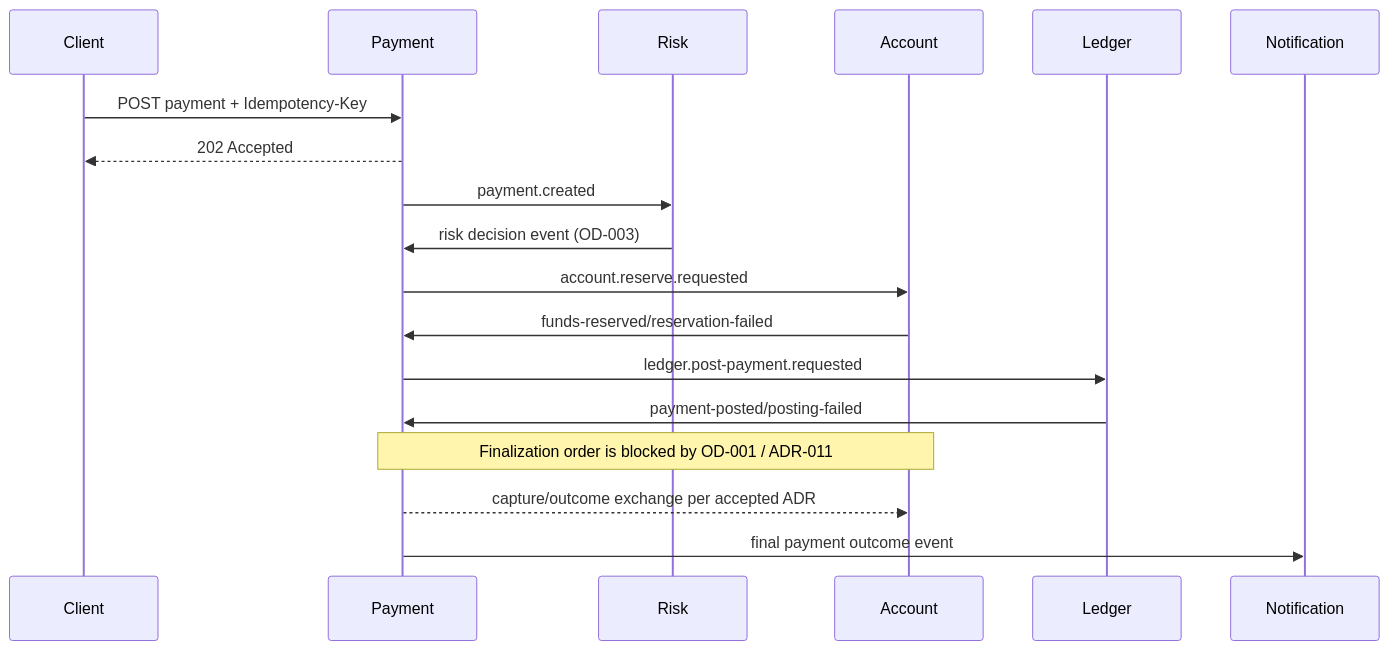
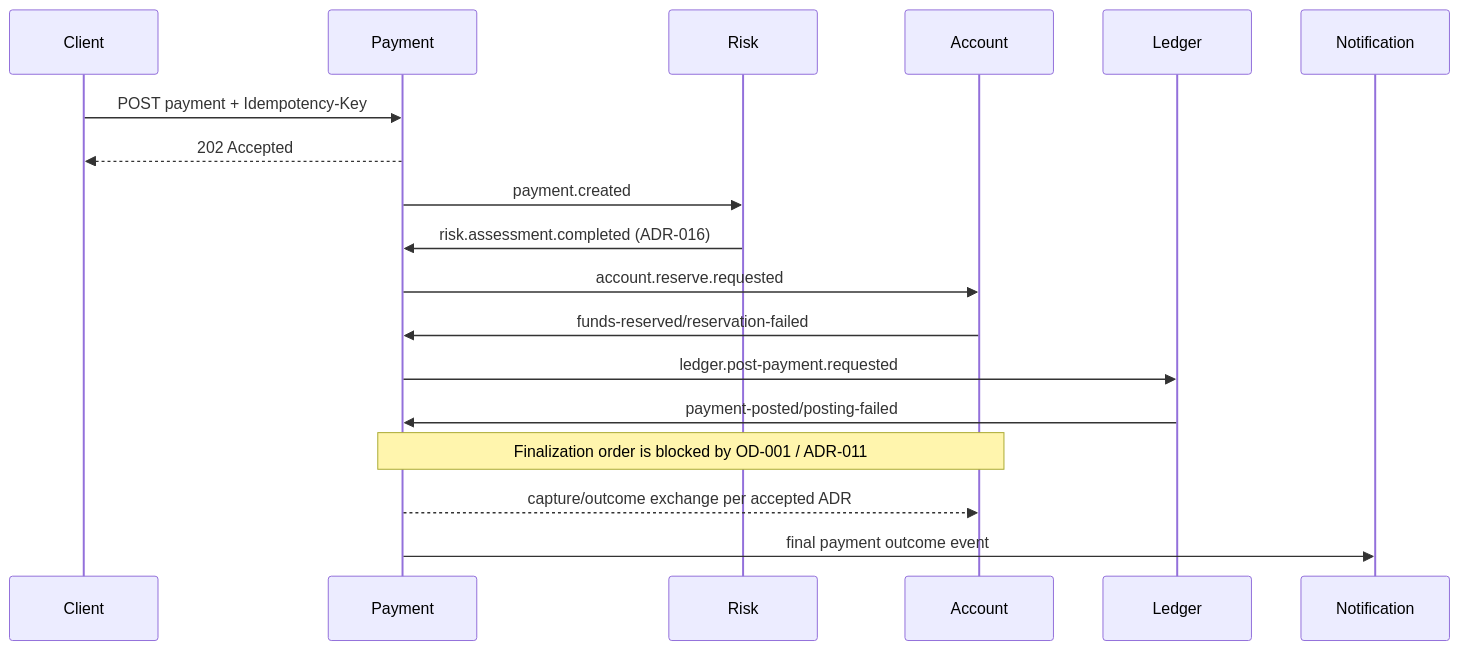
One commit to LeMinhTien151202/payflow-payment-platform changed the second of 2 diagrams in .docs/ARCHITECTURE.md. Above: the diagram before and after it, drawn with Mermaid. The commit also changed 35 other files, not shown here.

Commit message:
feat: implement risk assessment saga and event-driven payment status management

````diff
--- a/.docs/ARCHITECTURE.md
+++ b/.docs/ARCHITECTURE.md
@@ -201,21 +201,21 @@
 ```mermaid
 sequenceDiagram
     participant C as Client
     participant P as Payment
     participant R as Risk
     participant A as Account
     participant L as Ledger
     participant N as Notification
 
     C->>P: POST payment + Idempotency-Key
     P-->>C: 202 Accepted
     P->>R: payment.created
-    R->>P: risk decision event (OD-003)
+    R->>P: risk.assessment.completed (ADR-016)
     P->>A: account.reserve.requested
     A->>P: funds-reserved/reservation-failed
     P->>L: ledger.post-payment.requested
     L->>P: payment-posted/posting-failed
     Note over P,A: Finalization order is blocked by OD-001 / ADR-011
     P-->>A: capture/outcome exchange per accepted ADR
     P->>N: final payment outcome event
 ```
````
